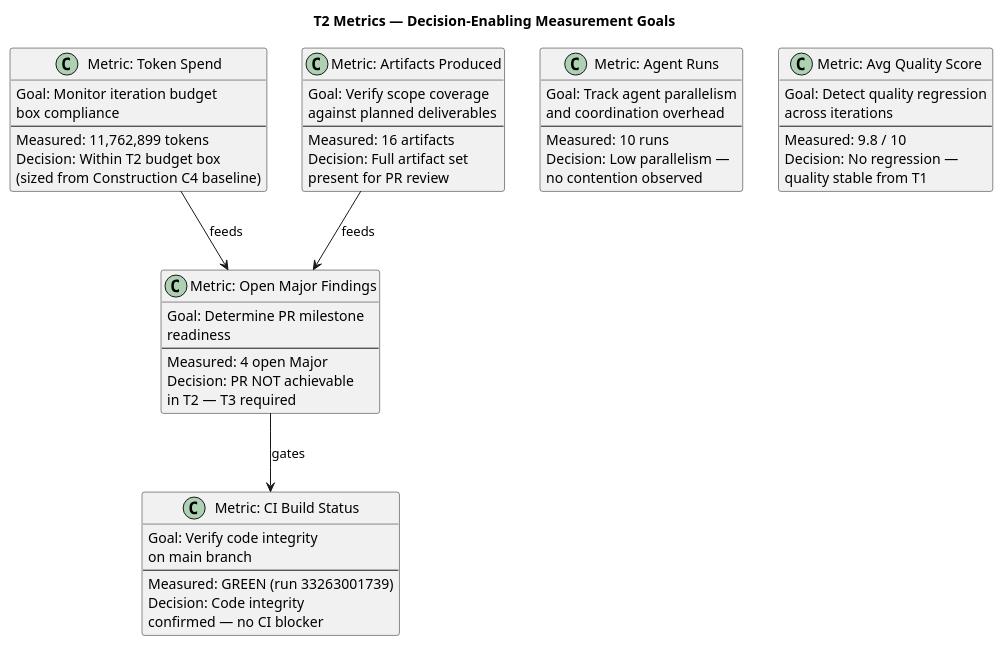
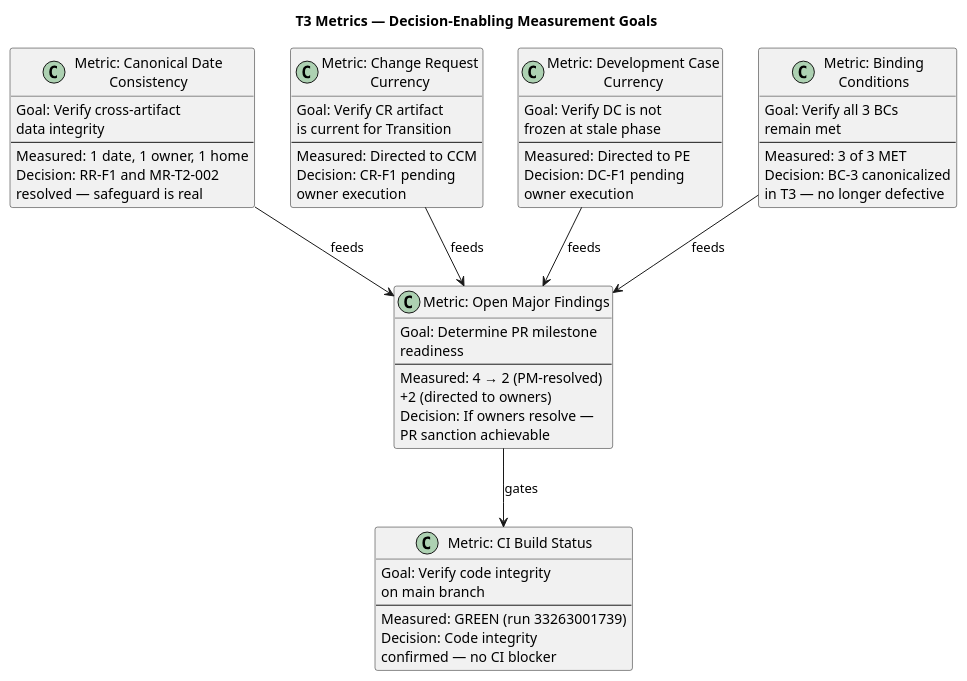
The second of 2 diagrams in docs/artifacts/project-management/iteration-assessment.md (banense-test/portal-cuba-corp), drawn with PlantUML before and after one commit. The commit also changed other lines of this file, not shown here.

First line of the commit message:
Project Manager [T3]: upsert Iteration Assessment

````diff
--- a/docs/artifacts/project-management/iteration-assessment.md
+++ b/docs/artifacts/project-management/iteration-assessment.md
@@ -140,60 +166,63 @@
 ```plantuml
 @startuml
-title T2 Metrics — Decision-Enabling Measurement Goals
+title T3 Metrics — Decision-Enabling Measurement Goals
 
 skinparam classAttributeIconSize 0
 
-class "Metric: Token Spend" as M1 {
-  Goal: Monitor iteration budget\nbox compliance
+class "Metric: Open Major Findings" as M1 {
+  Goal: Determine PR milestone\nreadiness
   --
-  Measured: 11,762,899 tokens
-  Decision: Within T2 budget box
-  (sized from Construction C4 baseline)
+  Measured: 4 → 2 (PM-resolved)
+  + 2 (directed to owners)
+  Decision: If owners resolve —
+  PR sanction achievable
 }
 
-class "Metric: Agent Runs" as M2 {
-  Goal: Track agent parallelism\nand coordination overhead
+class "Metric: Canonical Date\nConsistency" as M2 {
+  Goal: Verify cross-artifact\ndata integrity
   --
-  Measured: 10 runs
-  Decision: Low parallelism —
-  no contention observed
+  Measured: 1 date, 1 owner, 1 home
+  Decision: RR-F1 and MR-T2-002
+  resolved — safeguard is real
 }
 
-class "Metric: Avg Quality Score" as M3 {
-  Goal: Detect quality regression\nacross iterations
-  --
-  Measured: 9.8 / 10
-  Decision: No regression —
-  quality stable from T1
-}
-
-class "Metric: Artifacts Produced" as M4 {
-  Goal: Verify scope coverage\nagainst planned deliverables
-  --
-  Measured: 16 artifacts
-  Decision: Full artifact set
-  present for PR review
-}
-
-class "Metric: Open Major Findings" as M5 {
-  Goal: Determine PR milestone\nreadiness
-  --
-  Measured: 4 open Major
-  Decision: PR NOT achievable
-  in T2 — T3 required
-}
-
-class "Metric: CI Build Status" as M6 {
+class "Metric: CI Build Status" as M3 {
   Goal: Verify code integrity\non main branch
   --
   Measured: GREEN (run 33263001739)
   Decision: Code integrity
   confirmed — no CI blocker
 }
 
-M1 --> M5 : feeds
-M4 --> M5 : feeds
-M5 --> M6 : gates
+class "Metric: Change Request\nCurrency" as M4 {
+  Goal: Verify CR artifact\nis current for Transition
+  --
+  Measured: Directed to CCM
+  Decision: CR-F1 pending
+  owner execution
+}
+
+class "Metric: Development Case\nCurrency" as M5 {
+  Goal: Verify DC is not\nfrozen at stale phase
+  --
+  Measured: Directed to PE
+  Decision: DC-F1 pending
+  owner execution
+}
+
+class "Metric: Binding\nConditions" as M6 {
+  Goal: Verify all 3 BCs\nremain met
+  --
+  Measured: 3 of 3 MET
+  Decision: BC-3 canonicalized
+  in T3 — no longer defective
+}
+
+M1 --> M3 : gates
+M2 --> M1 : feeds
+M4 --> M1 : feeds
+M5 --> M1 : feeds
+M6 --> M1 : feeds
 
 @enduml
 ```
````
